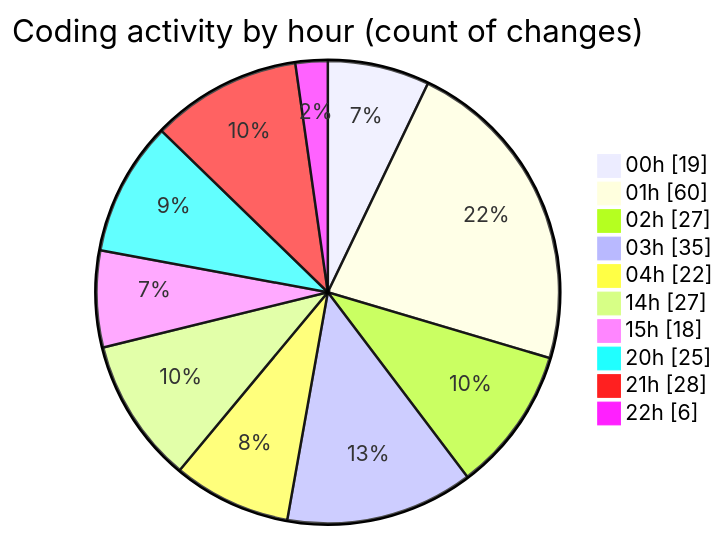
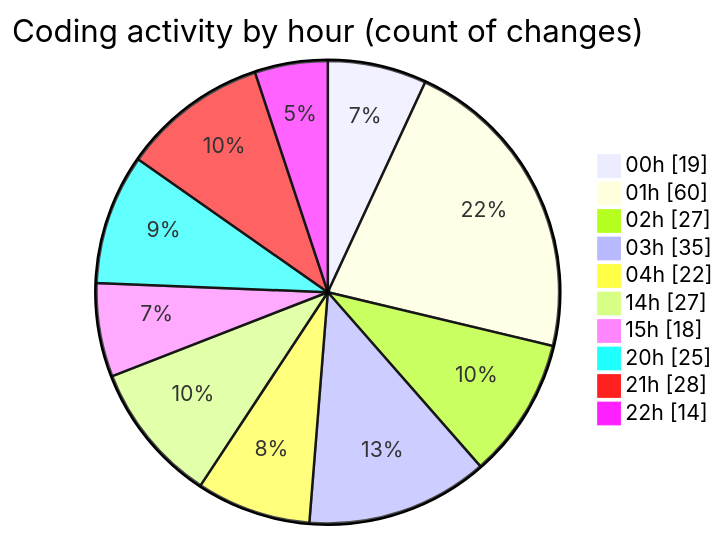
Before and after one commit to lephambinh05/code-tracking: the second of 2 diagrams in 2025-07-25/quanlyrapchieuphim-1/README.md, drawn with Mermaid. The commit also changed other lines of this file and 1 other file, not shown here.

````diff
--- a/2025-07-25/quanlyrapchieuphim-1/README.md
+++ b/2025-07-25/quanlyrapchieuphim-1/README.md
@@ -50,14 +51,14 @@
 ```mermaid
 pie showData
 title Coding activity by hour (count of changes)
 "00h" : 19
 "01h" : 60
 "02h" : 27
 "03h" : 35
 "04h" : 22
 "14h" : 27
 "15h" : 18
 "20h" : 25
 "21h" : 28
-"22h" : 6
+"22h" : 14
 ```
````
